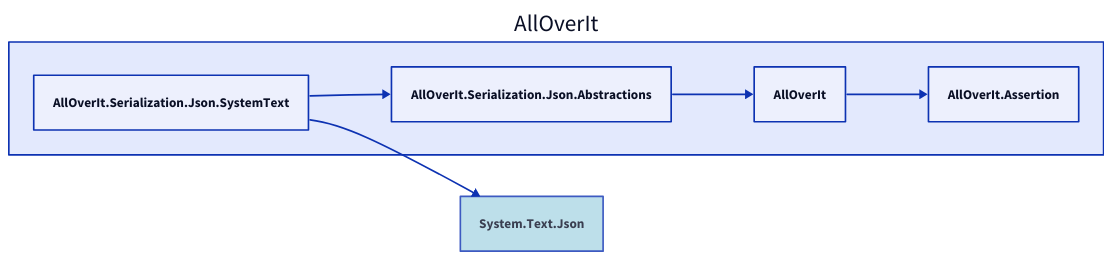
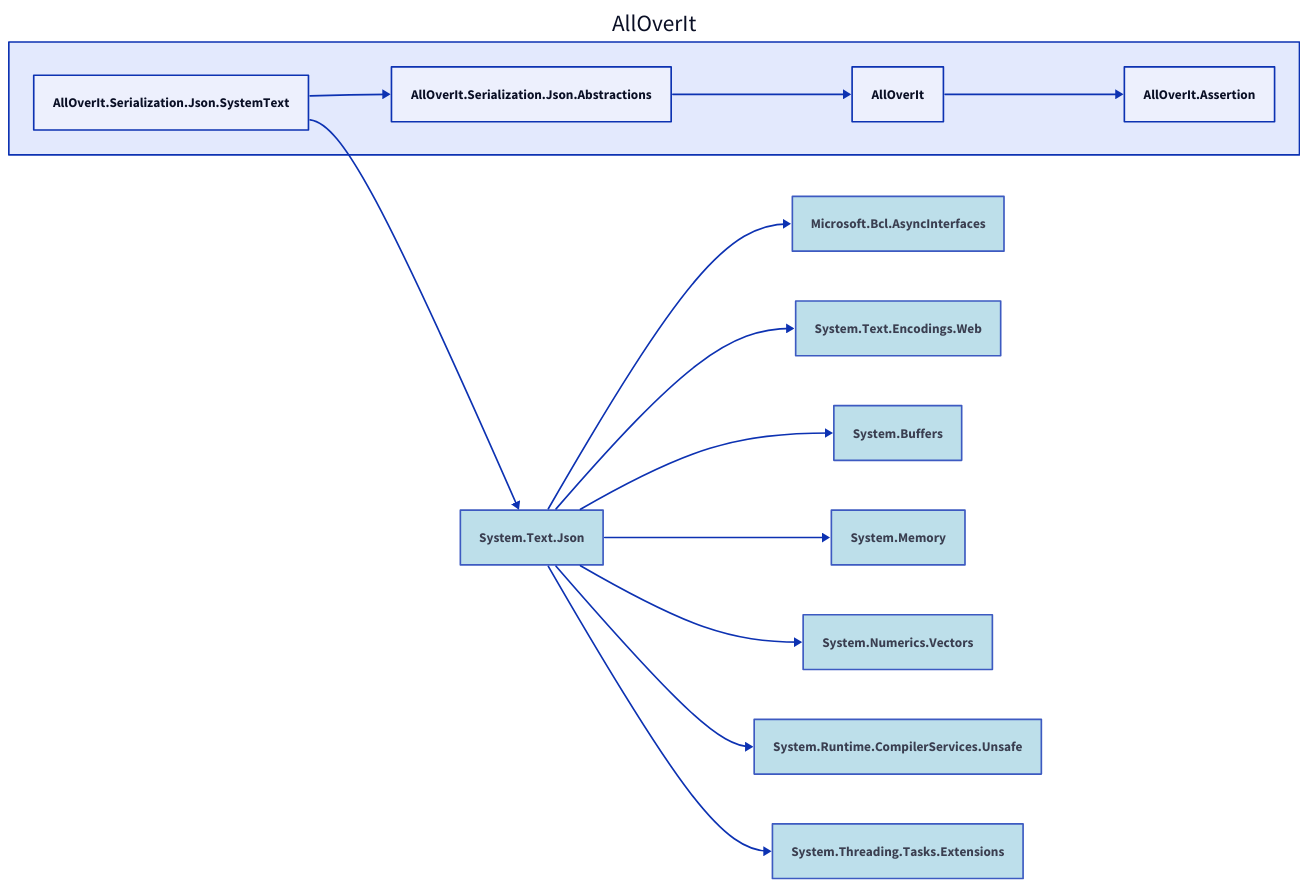
The diagram in Docs/Dependencies/alloverit-serialization-json-systemtext.d2 (nickathone/AllOverIt), drawn with D2 before and after one commit. The commit also changed 48 other files, not shown here.

Commit message:
Some dependency diagram updates - WIP

```diff
--- a/Docs/Dependencies/alloverit-serialization-json-systemtext.d2
+++ b/Docs/Dependencies/alloverit-serialization-json-systemtext.d2
@@ -1,15 +1,43 @@
 direction: right
 
 aoi: AllOverIt
 aoi.alloverit-serialization-json-systemtext: AllOverIt.Serialization.Json.SystemText
 aoi.alloverit-serialization-json-abstractions: AllOverIt.Serialization.Json.Abstractions
 aoi.alloverit: AllOverIt
 aoi.alloverit-assertion: AllOverIt.Assertion
 system-text-json: System.Text.Json
 system-text-json.style.fill: lightblue
 system-text-json.style.opacity: 0.8
+microsoft-bcl-asyncinterfaces: Microsoft.Bcl.AsyncInterfaces
+microsoft-bcl-asyncinterfaces.style.fill: lightblue
+microsoft-bcl-asyncinterfaces.style.opacity: 0.8
+system-text-encodings-web: System.Text.Encodings.Web
+system-text-encodings-web.style.fill: lightblue
+system-text-encodings-web.style.opacity: 0.8
+system-buffers: System.Buffers
+system-buffers.style.fill: lightblue
+system-buffers.style.opacity: 0.8
+system-memory: System.Memory
+system-memory.style.fill: lightblue
+system-memory.style.opacity: 0.8
+system-numerics-vectors: System.Numerics.Vectors
+system-numerics-vectors.style.fill: lightblue
+system-numerics-vectors.style.opacity: 0.8
+system-runtime-compilerservices-unsafe: System.Runtime.CompilerServices.Unsafe
+system-runtime-compilerservices-unsafe.style.fill: lightblue
+system-runtime-compilerservices-unsafe.style.opacity: 0.8
+system-threading-tasks-extensions: System.Threading.Tasks.Extensions
+system-threading-tasks-extensions.style.fill: lightblue
+system-threading-tasks-extensions.style.opacity: 0.8
 
 aoi.alloverit-serialization-json-abstractions <- aoi.alloverit-serialization-json-systemtext
 aoi.alloverit <- aoi.alloverit-serialization-json-abstractions
 aoi.alloverit-assertion <- aoi.alloverit
 system-text-json <- aoi.alloverit-serialization-json-systemtext
+microsoft-bcl-asyncinterfaces <- system-text-json
+system-text-encodings-web <- system-text-json
+system-buffers <- system-text-json
+system-memory <- system-text-json
+system-numerics-vectors <- system-text-json
+system-runtime-compilerservices-unsafe <- system-text-json
+system-threading-tasks-extensions <- system-text-json
```
